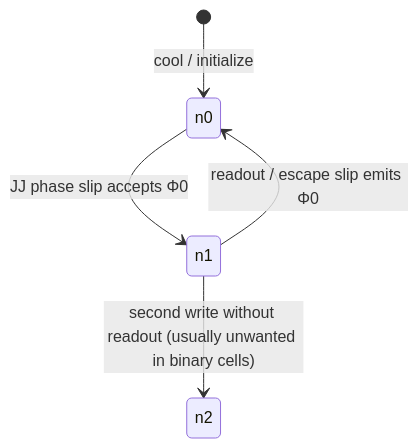
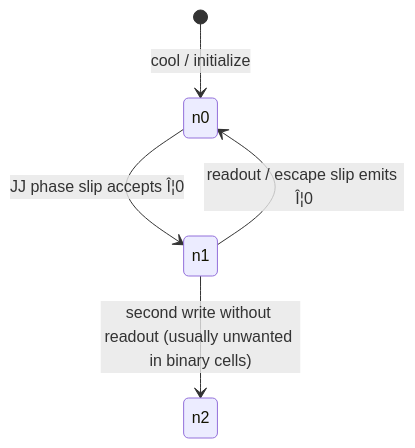
One commit to Single-Flux-Quantum/sfq-learn-public changed the second of 2 diagrams in docs/fundamentals/flux-quantization.md. Above: the diagram before and after it, drawn with Mermaid. The commit also changed other lines of this file and 41 other files, not shown here.

````diff
--- a/docs/fundamentals/flux-quantization.md
+++ b/docs/fundamentals/flux-quantization.md
@@ -214,7 +214,7 @@
 ```mermaid
 stateDiagram-v2
   [*] --> n0: cool / initialize
-  n0 --> n1: JJ phase slip accepts Φ0
-  n1 --> n0: readout / escape slip emits Φ0
+  n0 --> n1: JJ phase slip accepts Î¦0
+  n1 --> n0: readout / escape slip emits Î¦0
   n1 --> n2: second write without readout (usually unwanted in binary cells)
 ```
````
